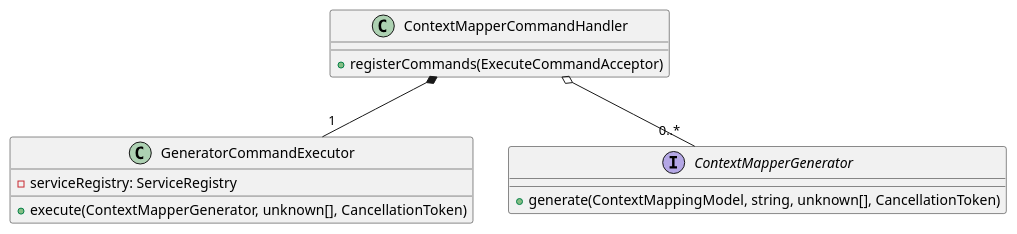
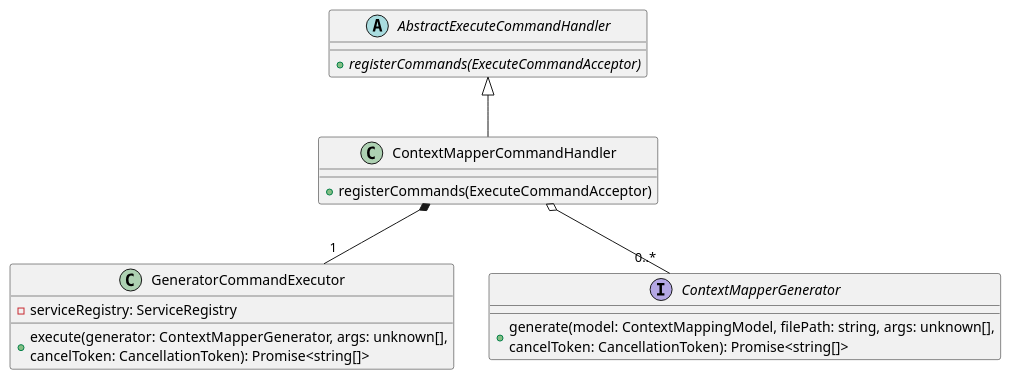
One commit to ContextMapper/context-mapper-language-server changed the diagram in docs/class_generators.puml. Above: the diagram before and after it, drawn with PlantUML. The commit also changed 3 other files, not shown here.

Commit message:
update class diagrams

```diff
--- a/docs/class_generators.puml
+++ b/docs/class_generators.puml
@@ -1,19 +1,30 @@
 @startuml
+
+<style>
+class {
+    MaximumWidth: 500
+}
+</style>
+
+abstract class AbstractExecuteCommandHandler {
+{abstract} + registerCommands(ExecuteCommandAcceptor)
+}
 
 class ContextMapperCommandHandler {
 + registerCommands(ExecuteCommandAcceptor)
 }
 
 class GeneratorCommandExecutor {
 - serviceRegistry: ServiceRegistry
-+ execute(ContextMapperGenerator, unknown[], CancellationToken)
++ execute(generator: ContextMapperGenerator, args: unknown[], cancelToken: CancellationToken): Promise<string[]>
 }
 
 interface ContextMapperGenerator {
-+ generate(ContextMappingModel, string, unknown[], CancellationToken)
++ generate(model: ContextMappingModel, filePath: string, args: unknown[], cancelToken: CancellationToken): Promise<string[]>
 }
 
+AbstractExecuteCommandHandler <|-- ContextMapperCommandHandler
 ContextMapperCommandHandler *-- "1" GeneratorCommandExecutor
 ContextMapperCommandHandler o-- "0..*" ContextMapperGenerator
 
 @enduml
```
